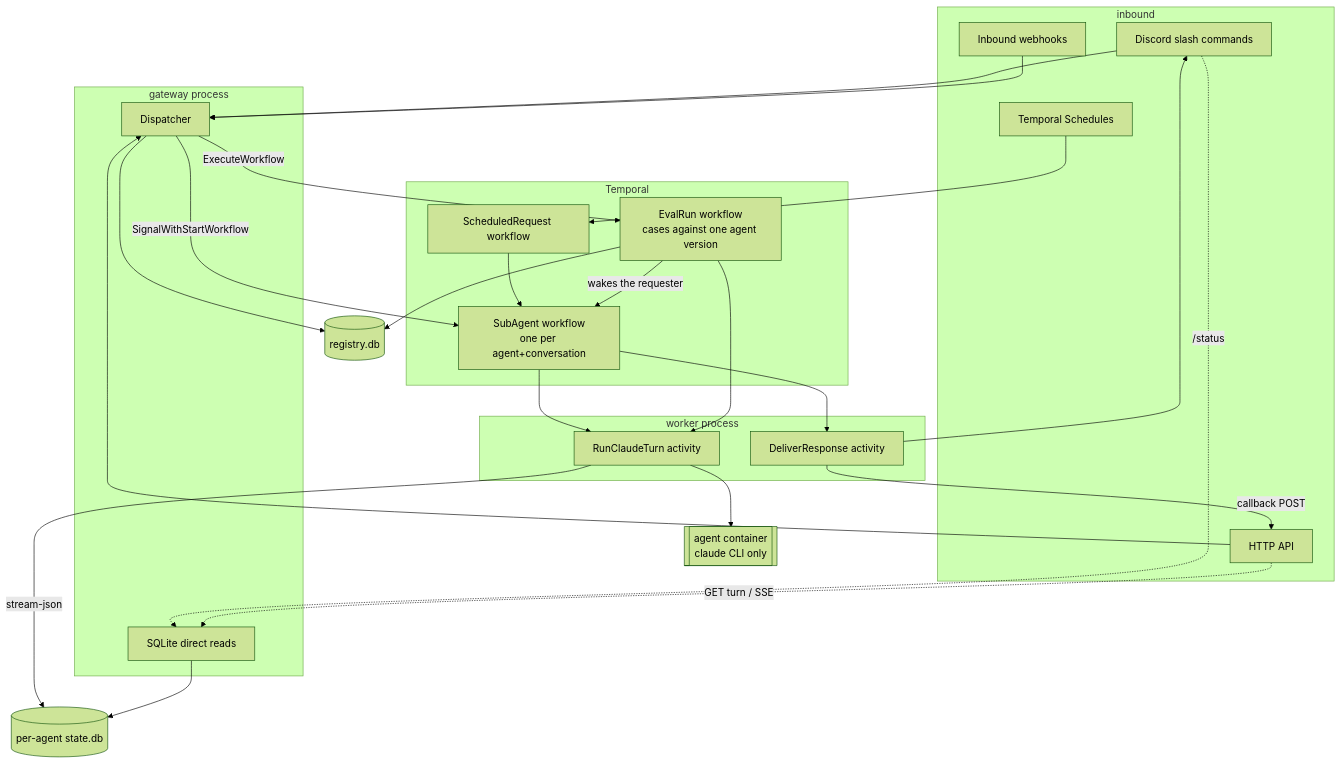
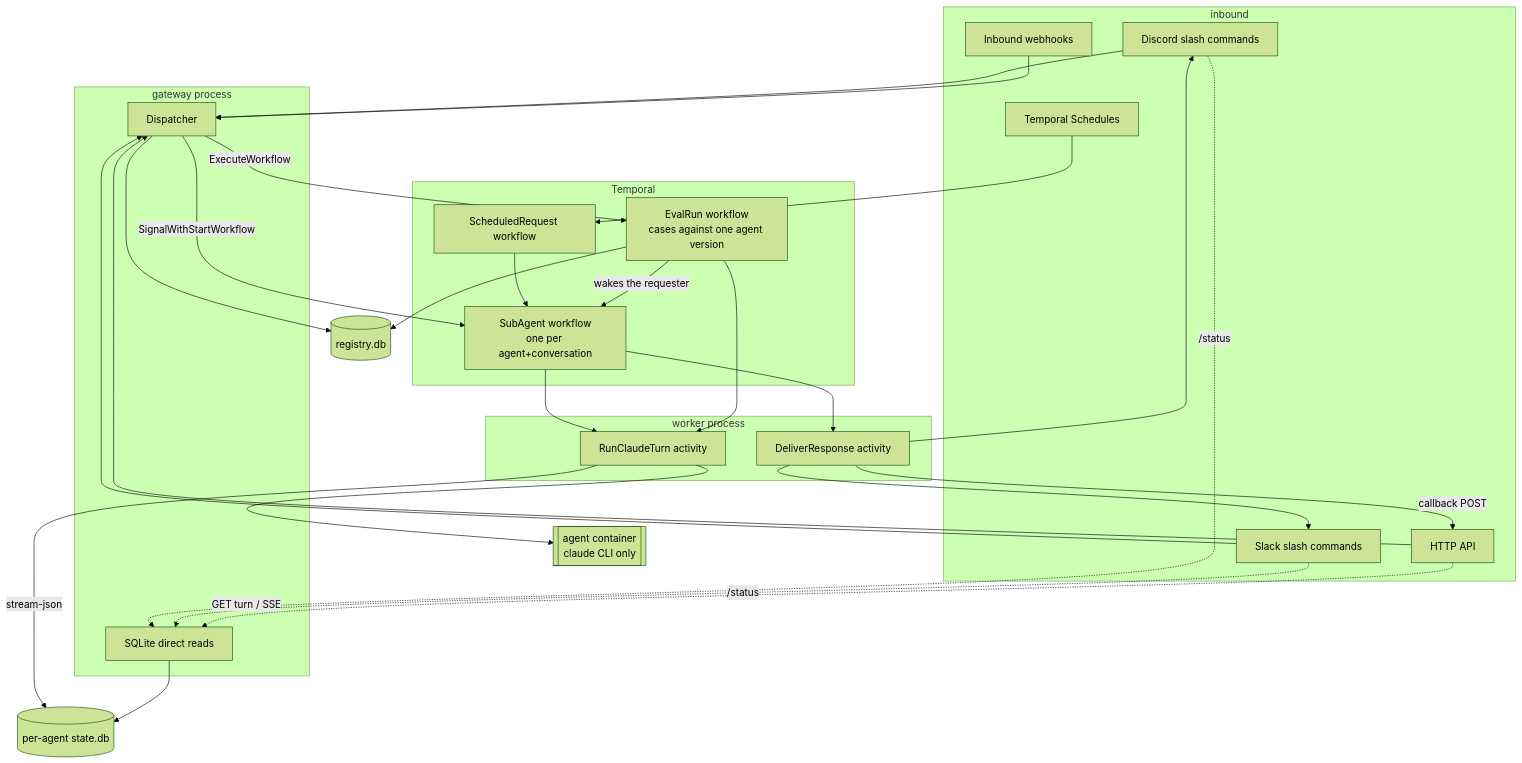
One commit to RRoundTable/roundclaw changed the diagram in docs/architecture/README.md. Above: the diagram before and after it, drawn with Mermaid (forest theme). The commit also changed other lines of this file and 42 other files, not shown here.

````diff
--- a/docs/architecture/README.md
+++ b/docs/architecture/README.md
@@ -14,49 +14,53 @@
 ```mermaid
 flowchart TD
     subgraph inbound
         DC[Discord slash commands]
+        SL[Slack slash commands]
         API[HTTP API]
         WH[Inbound webhooks]
         SCH[Temporal Schedules]
     end
 
     subgraph gateway["gateway process"]
         DISP[Dispatcher]
         READ[SQLite direct reads]
     end
 
     subgraph temporal["Temporal"]
         WF[SubAgent workflow<br/>one per agent+conversation]
         SW[ScheduledRequest workflow]
         EW[EvalRun workflow<br/>cases against one agent version]
     end
 
     subgraph worker["worker process"]
         RT[RunClaudeTurn activity]
         DEL[DeliverResponse activity]
     end
 
     CT[["agent container<br/>claude CLI only"]]
     DB[(per-agent state.db)]
     REG[(registry.db)]
 
     DC --> DISP
+    SL --> DISP
     API --> DISP
     WH --> DISP
     DISP -->|SignalWithStartWorkflow| WF
     SCH --> SW --> WF
     DISP -->|ExecuteWorkflow| EW
     WF --> RT --> CT
     EW --> RT
     RT -->|stream-json| DB
     WF --> DEL
     DEL --> DC
+    DEL --> SL
     DEL -->|callback POST| API
     EW -->|wakes the requester| WF
 
     DC -.->|/status| READ
+    SL -.->|/status| READ
     API -.->|GET turn / SSE| READ
     READ --> DB
     DISP --> REG
     EW --> REG
 ```
````
